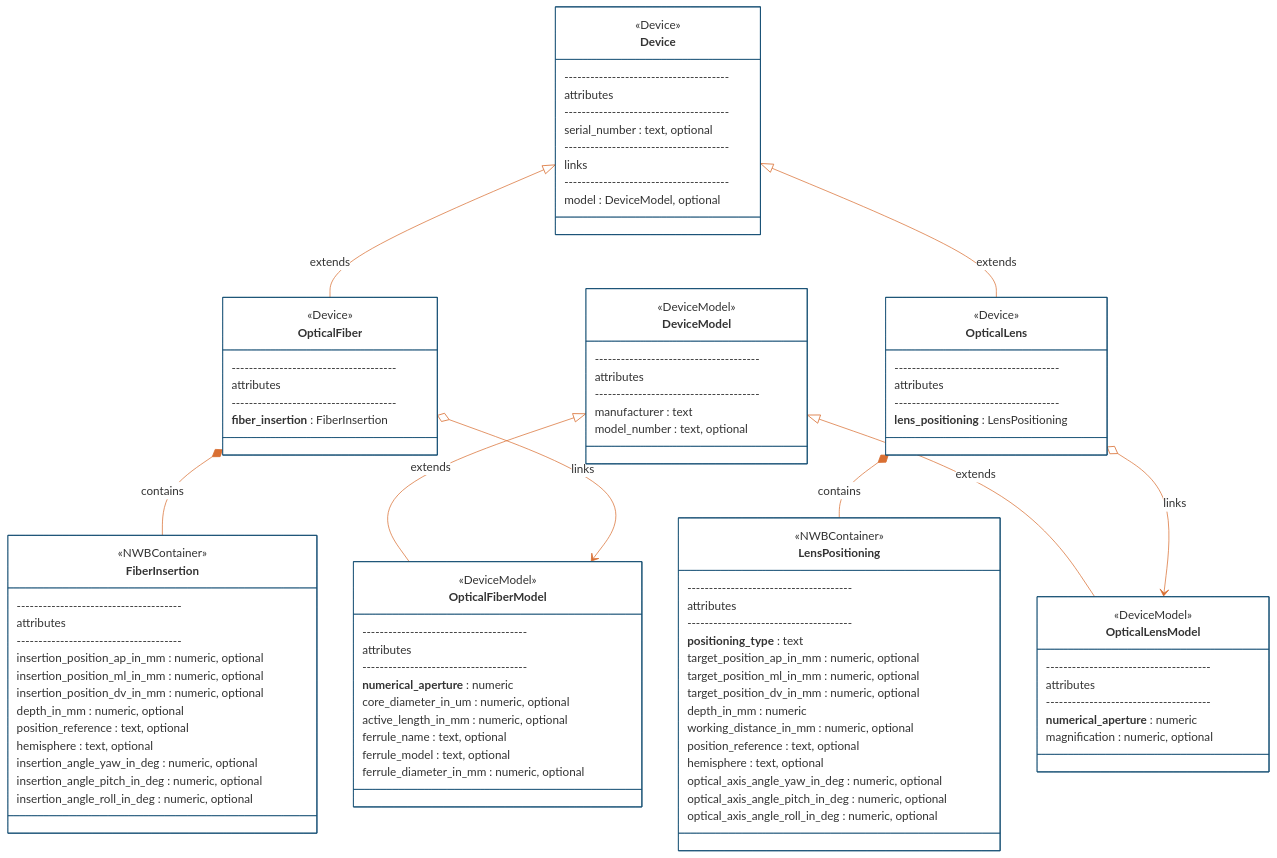
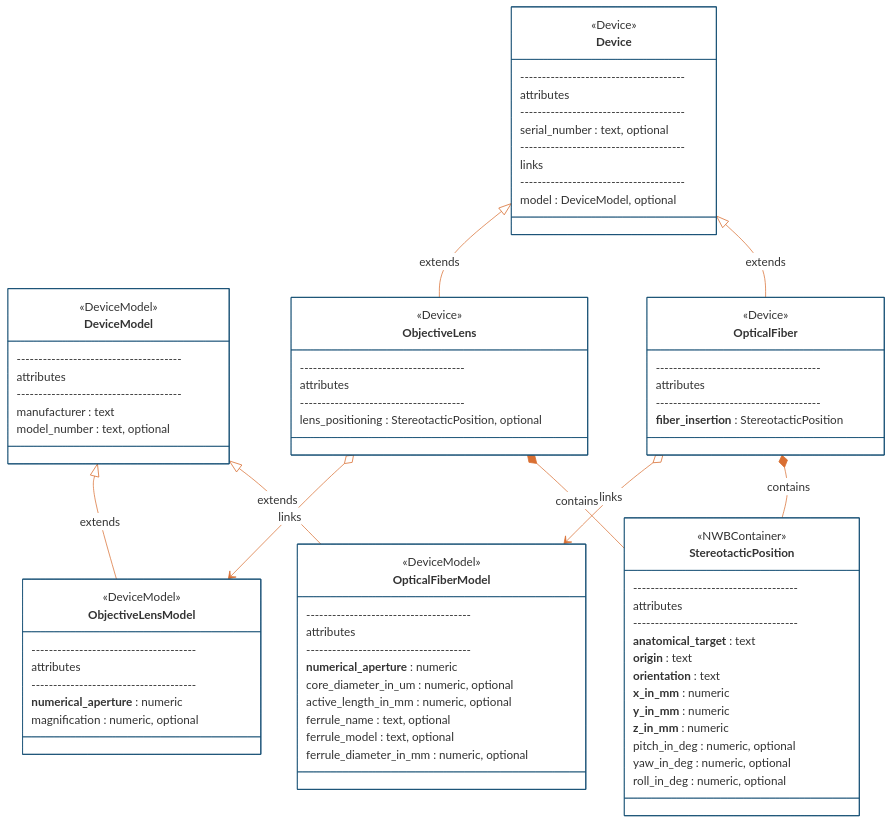
The third of 4 diagrams in README.md (catalystneuro/ndx-ophys-devices), drawn with Mermaid before and after one commit. The commit also changed other lines of this file and 12 other files, not shown here.

````diff
--- a/README.md
+++ b/README.md
@@ -473,5 +483,5 @@
 ```mermaid
-%%{init: {'theme': 'base', 'themeVariables': {'primaryColor': '#ffffff', "primaryBorderColor': '#144E73', 'lineColor': '#D96F32'}}}%%
+%%{init: {'theme': 'base', 'themeVariables': {'primaryColor': '#ffffff', 'primaryBorderColor': '#144E73', 'lineColor': '#D96F32'}}}%%
 classDiagram
     direction TB    
     
@@ -496,20 +506,20 @@
         model : DeviceModel, optional
     }
     
-    class FiberInsertion{
+    class StereotacticPosition{
         <<NWBContainer>>
         --------------------------------------
         attributes
         --------------------------------------
-        insertion_position_ap_in_mm : numeric, optional
-        insertion_position_ml_in_mm : numeric, optional
-        insertion_position_dv_in_mm : numeric, optional
-        depth_in_mm : numeric, optional
-        position_reference : text, optional
-        hemisphere : text, optional
-        insertion_angle_yaw_in_deg : numeric, optional
-        insertion_angle_pitch_in_deg : numeric, optional
-        insertion_angle_roll_in_deg : numeric, optional
+        **anatomical_target** : text
+        **origin** : text
+        **orientation** : text
+        **x_in_mm** : numeric
+        **y_in_mm** : numeric
+        **z_in_mm** : numeric
+        pitch_in_deg : numeric, optional
+        yaw_in_deg : numeric, optional
+        roll_in_deg : numeric, optional
     }
 
      class OpticalFiberModel{
@@ -530,28 +540,10 @@
         --------------------------------------
         attributes
         --------------------------------------
-        **fiber_insertion** : FiberInsertion
-    }
-    
-    class LensPositioning{
-        <<NWBContainer>>
-        --------------------------------------
-        attributes
-        --------------------------------------
-        **positioning_type** : text
-        target_position_ap_in_mm : numeric, optional
-        target_position_ml_in_mm : numeric, optional
-        target_position_dv_in_mm : numeric, optional
-        depth_in_mm : numeric
-        working_distance_in_mm : numeric, optional
-        position_reference : text, optional
-        hemisphere : text, optional
-        optical_axis_angle_yaw_in_deg : numeric, optional
-        optical_axis_angle_pitch_in_deg : numeric, optional
-        optical_axis_angle_roll_in_deg : numeric, optional
+        **fiber_insertion** : StereotacticPosition
     }
 
-    class OpticalLensModel{
+    class ObjectiveLensModel{
         <<DeviceModel>>
         --------------------------------------
         attributes
@@ -560,21 +552,21 @@
         magnification : numeric, optional
     }
     
-    class OpticalLens{
+    class ObjectiveLens{
         <<Device>>
         --------------------------------------
         attributes
         --------------------------------------
-        **lens_positioning** : LensPositioning
+        lens_positioning : StereotacticPosition, optional
     }
 
     DeviceModel <|-- OpticalFiberModel : extends
     Device <|-- OpticalFiber : extends
-    OpticalFiber *-- FiberInsertion : contains
+    OpticalFiber *-- StereotacticPosition : contains
     OpticalFiber o--> OpticalFiberModel : links
 
-    DeviceModel <|-- OpticalLensModel : extends
-    Device <|-- OpticalLens : extends
-    OpticalLens *-- LensPositioning : contains
-    OpticalLens o--> OpticalLensModel : links
+    DeviceModel <|-- ObjectiveLensModel : extends
+    Device <|-- ObjectiveLens : extends
+    ObjectiveLens *-- StereotacticPosition : contains
+    ObjectiveLens o--> ObjectiveLensModel : links
 ```
````
